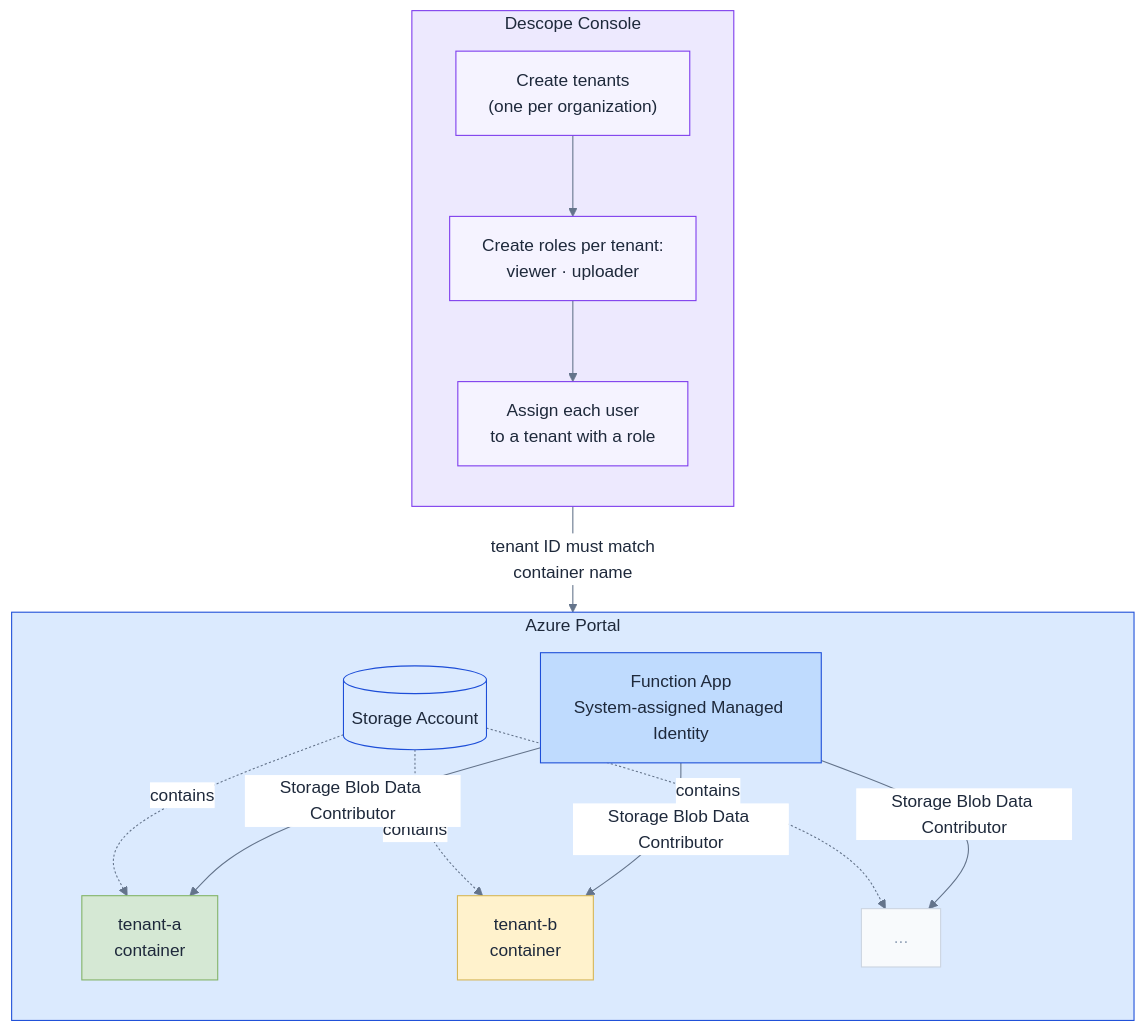
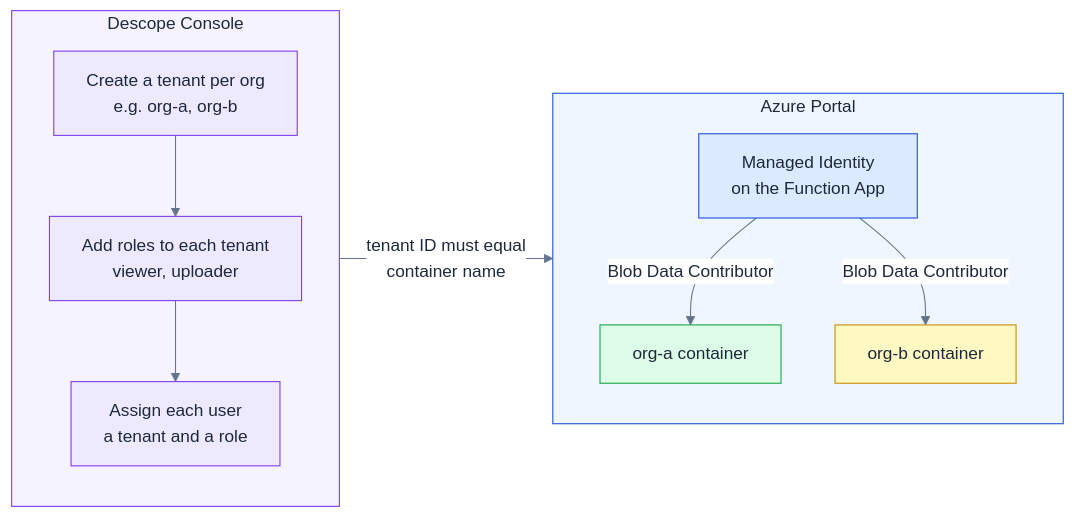
One commit to stevenbarash/descope-azure-blob-rbac-demo changed the diagram in docs/architecture-setup.md. Above: the diagram before and after it, drawn with Mermaid. The commit also changed other lines of this file and 2 other files, not shown here.

Commit message:
docs: simplify architecture diagrams — lead with the key insight
Redesign all three diagrams to emphasise that the JWT carries
everything the Function needs (tenant ID + role), with no database,
no extra config, and no custom auth code.

- Overview: clean 4-node flowchart with plain-English labels
- Setup: side-by-side Descope/Azure columns with coupling callout
- Runtime: step-by-step sequence with explanatory notes after each rect

````diff
--- a/docs/architecture-setup.md
+++ b/docs/architecture-setup.md
@@ -5,40 +5,31 @@
 ```mermaid
-%%{init: {'theme': 'base', 'themeVariables': {'primaryColor': '#f8fafc', 'primaryBorderColor': '#cbd5e1', 'primaryTextColor': '#1e293b', 'lineColor': '#64748b', 'clusterBkg': '#f8fafc', 'clusterBorder': '#e2e8f0', 'edgeLabelBackground': '#ffffff'}}}%%
-flowchart TB
-    subgraph DC["Descope Console"]
+%%{init: {'theme': 'base', 'themeVariables': {'primaryColor': '#f8fafc', 'primaryBorderColor': '#e2e8f0', 'primaryTextColor': '#1e293b', 'lineColor': '#64748b', 'clusterBkg': '#f8fafc', 'clusterBorder': '#e2e8f0', 'edgeLabelBackground': '#ffffff'}}}%%
+flowchart LR
+    subgraph DC ["  Descope Console  "]
         direction TB
-        D1["Create tenants\n(one per organization)"]
-        D2["Create roles per tenant:\nviewer · uploader"]
-        D3["Assign each user\nto a tenant with a role"]
+        D1["Create a tenant per org\ne.g. org-a, org-b"]
+        D2["Add roles to each tenant\nviewer, uploader"]
+        D3["Assign each user\na tenant and a role"]
         D1 --> D2 --> D3
     end
 
-    subgraph AZ["Azure Portal"]
+    subgraph AZ ["  Azure Portal  "]
         direction TB
-        MI["Function App\nSystem-assigned Managed Identity"]
-        SA[("Storage Account")]
-        CA["tenant-a\ncontainer"]
-        CB["tenant-b\ncontainer"]
-        CC["..."]
-
-        SA -.->|contains| CA
-        SA -.->|contains| CB
-        SA -.->|contains| CC
-        MI -->|"Storage Blob Data Contributor"| CA
-        MI -->|"Storage Blob Data Contributor"| CB
-        MI -->|"Storage Blob Data Contributor"| CC
+        MI["Managed Identity\non the Function App"]
+        C1["org-a container"]
+        C2["org-b container"]
+        MI -->|"Blob Data Contributor"| C1
+        MI -->|"Blob Data Contributor"| C2
     end
 
-    DC -->|"tenant ID must match\ncontainer name"| AZ
+    DC -->|"tenant ID must equal\ncontainer name"| AZ
 
-    style DC fill:#ede9fe,stroke:#7c3aed,color:#1e293b
-    style AZ fill:#dbeafe,stroke:#1d4ed8,color:#1e293b
-    style D1 fill:#f5f3ff,stroke:#7c3aed,color:#1e293b
-    style D2 fill:#f5f3ff,stroke:#7c3aed,color:#1e293b
-    style D3 fill:#f5f3ff,stroke:#7c3aed,color:#1e293b
-    style MI fill:#bfdbfe,stroke:#1d4ed8,color:#1e293b
-    style SA fill:#dbeafe,stroke:#1d4ed8,color:#1e293b
-    style CA fill:#d5e8d4,stroke:#82b366,color:#1e293b
-    style CB fill:#fff2cc,stroke:#d6b656,color:#1e293b
-    style CC fill:#f8fafc,stroke:#cbd5e1,color:#94a3b8
+    style DC fill:#f5f3ff,stroke:#7c3aed,color:#1e293b
+    style AZ fill:#eff6ff,stroke:#1d4ed8,color:#1e293b
+    style D1 fill:#ede9fe,stroke:#7c3aed,color:#1e293b
+    style D2 fill:#ede9fe,stroke:#7c3aed,color:#1e293b
+    style D3 fill:#ede9fe,stroke:#7c3aed,color:#1e293b
+    style MI fill:#dbeafe,stroke:#1d4ed8,color:#1e293b
+    style C1 fill:#dcfce7,stroke:#16a34a,color:#1e293b
+    style C2 fill:#fef9c3,stroke:#ca8a04,color:#1e293b
 ```
````
